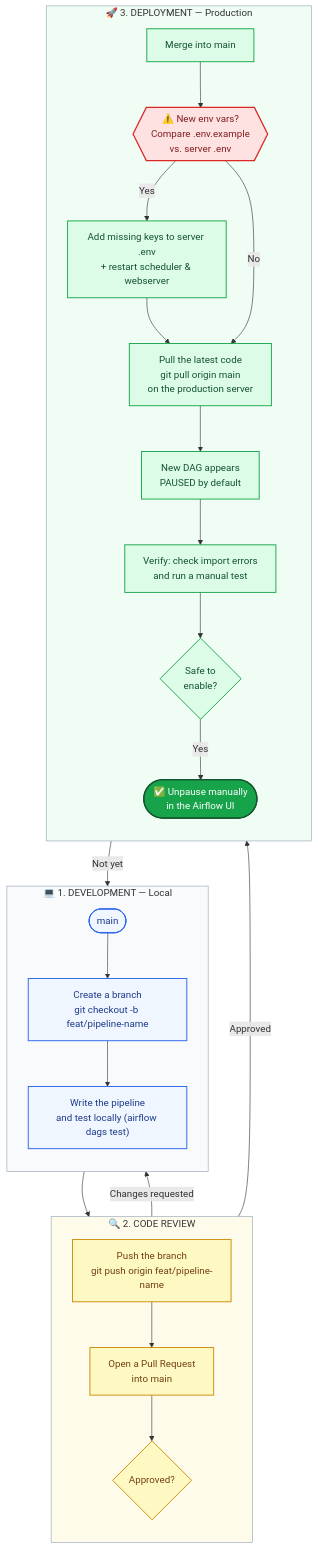
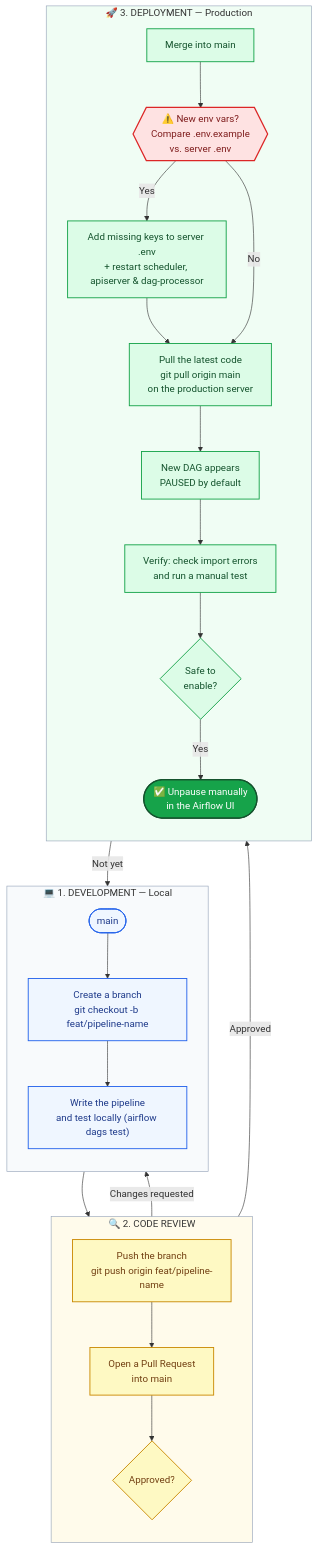
The second of 2 diagrams in docs/CONTRIBUTING.md (sap-ideas/jg-apache-airflow), drawn with Mermaid before and after one commit. The commit also changed other lines of this file and 44 other files, not shown here.

````diff
--- a/docs/CONTRIBUTING.md
+++ b/docs/CONTRIBUTING.md
@@ -68,53 +68,53 @@
 ```mermaid
 flowchart TD
     subgraph DEV["💻 1. DEVELOPMENT — Local"]
         direction TB
         A(["main"]) --> B["Create a branch<br/>git checkout -b feat/pipeline-name"]
         B --> C["Write the pipeline<br/>and test locally (airflow dags test)"]
     end
 
     subgraph REVIEW["🔍 2. CODE REVIEW"]
         direction TB
         D["Push the branch<br/>git push origin feat/pipeline-name"]
         E["Open a Pull Request<br/>into main"]
         F{"Approved?"}
         D --> E --> F
     end
 
     subgraph DEPLOY["🚀 3. DEPLOYMENT — Production"]
         direction TB
         G["Merge into main"]
         X{{"⚠️ New env vars?<br/>Compare .env.example<br/>vs. server .env"}}
-        X1["Add missing keys to server .env<br/>+ restart scheduler &amp; webserver"]
+        X1["Add missing keys to server .env<br/>+ restart scheduler, apiserver &amp; dag-processor"]
         H["Pull the latest code<br/>git pull origin main<br/>on the production server"]
         I["New DAG appears<br/>PAUSED by default"]
         J["Verify: check import errors<br/>and run a manual test"]
         K{"Safe to<br/>enable?"}
         L(["✅ Unpause manually<br/>in the Airflow UI"])
         G --> X
         X -->|"Yes"| X1 --> H
         X -->|"No"| H
         H --> I --> J --> K
     end
 
     C --> D
     F -->|"Changes requested"| C
     F -->|"Approved"| G
     K -->|"Not yet"| C
     K -->|"Yes"| L
 
     classDef devPhase fill:#eff6ff,stroke:#2563eb,stroke-width:1.5px,color:#1e3a8a
     classDef reviewPhase fill:#fef9c3,stroke:#ca8a04,stroke-width:1.5px,color:#713f12
     classDef deployPhase fill:#dcfce7,stroke:#16a34a,stroke-width:1.5px,color:#14532d
     classDef warnState fill:#fee2e2,stroke:#dc2626,stroke-width:2px,color:#7f1d1d
     classDef endState fill:#16a34a,stroke:#14532d,stroke-width:2px,color:#ffffff
 
     class A,B,C devPhase
     class D,E,F reviewPhase
     class G,H,I,J,K,X1 deployPhase
     class X warnState
     class L endState
     style DEV fill:#f8fafc,stroke:#94a3b8,stroke-width:1px
     style REVIEW fill:#fffbeb,stroke:#94a3b8,stroke-width:1px
     style DEPLOY fill:#f0fdf4,stroke:#94a3b8,stroke-width:1px
 ```
````
